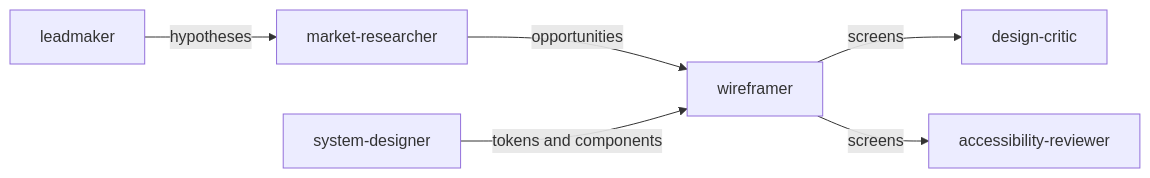
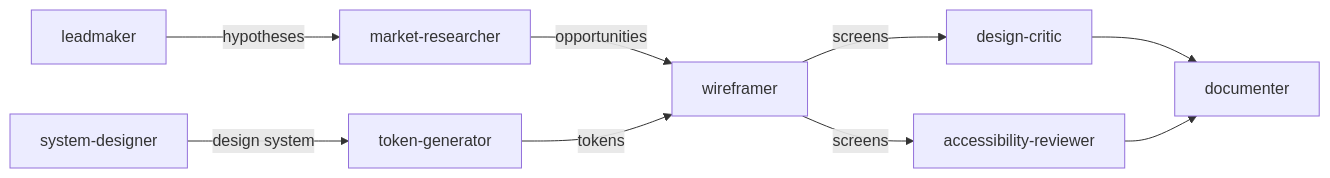
Before and after one commit to PMergener/design-agents-claude-code: the diagram in README.md, drawn with Mermaid. The commit also changed other lines of this file and 9 other files, not shown here.

First line of the commit message:
Add token-generator and documenter agents, and memory for all agents

````diff
--- a/README.md
+++ b/README.md
@@ -23,8 +25,11 @@
 ```mermaid
 flowchart LR
     lm[leadmaker] -->|hypotheses| mr[market-researcher]
     mr -->|opportunities| wf[wireframer]
-    sd[system-designer] -->|tokens and components| wf
+    sd[system-designer] -->|design system| tg[token-generator]
+    tg -->|tokens| wf
     wf -->|screens| dc[design-critic]
     wf -->|screens| ar[accessibility-reviewer]
+    dc --> doc[documenter]
+    ar --> doc
 ```
````
